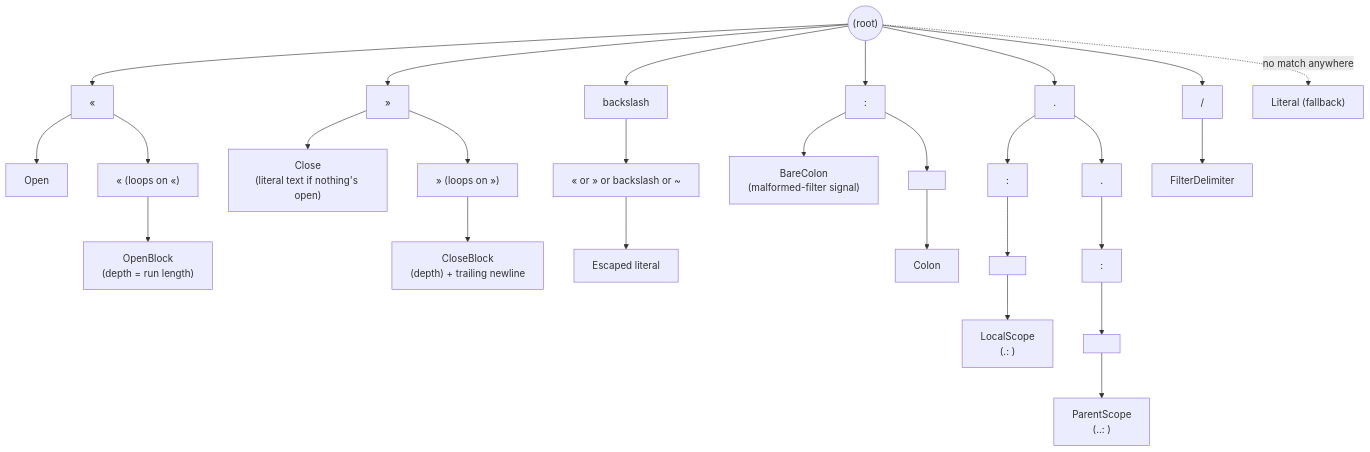
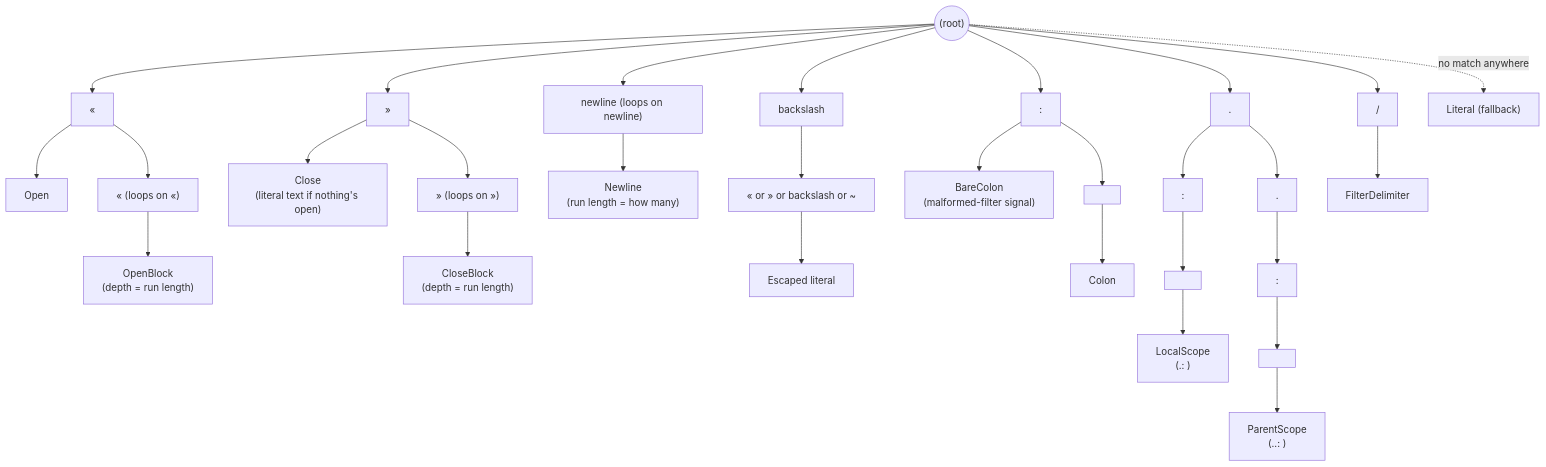
The second of 3 diagrams in docs/architecture.md (cihandeniz/guillemets), drawn with Mermaid before and after one commit. The commit also changed other lines of this file and 20 other files, not shown here.

````diff
--- a/docs/architecture.md
+++ b/docs/architecture.md
@@ -48,15 +47,16 @@
 ```mermaid
 flowchart TB
     Root(("(root)"))
     Root --> Open["«"] --> OpenKind["Open"]
     Open --> OpenOpen["« (loops on «)"] --> OpenBlockKind["OpenBlock\n(depth = run length)"]
     Root --> Close["»"] --> CloseKind["Close\n(literal text if nothing's open)"]
-    Close --> CloseClose["» (loops on »)"] --> CloseBlockKind["CloseBlock\n(depth) + trailing newline"]
+    Close --> CloseClose["» (loops on »)"] --> CloseBlockKind["CloseBlock\n(depth = run length)"]
+    Root --> NewlineChar["newline (loops on newline)"] --> NewlineKind["Newline\n(run length = how many)"]
     Root --> Esc["backslash"] --> EscChar["« or » or backslash or ~"] --> EscapedKind["Escaped literal"]
     Root --> Colon[":"] --> BareColonKind["BareColon\n(malformed-filter signal)"]
     Colon --> ColonSpace[" "] --> ColonKind["Colon"]
     Root --> Dot["."] --> DotColon[":"] --> DotColonSpace[" "] --> LocalScopeKind["LocalScope\n(.: )"]
     Dot --> DotDot["."] --> DotDotColon[":"] --> DotDotColonSpace[" "] --> ParentScopeKind["ParentScope\n(..: )"]
     Root --> SpaceSlashSpace[" / "] --> FilterDelimiterKind["FilterDelimiter"]
     Root -.no match anywhere.-> LiteralKind["Literal (fallback)"]
 ```
````
